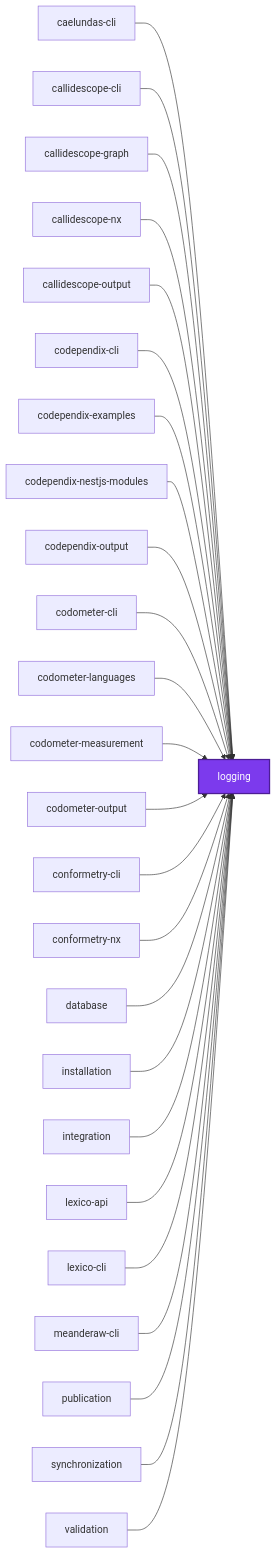
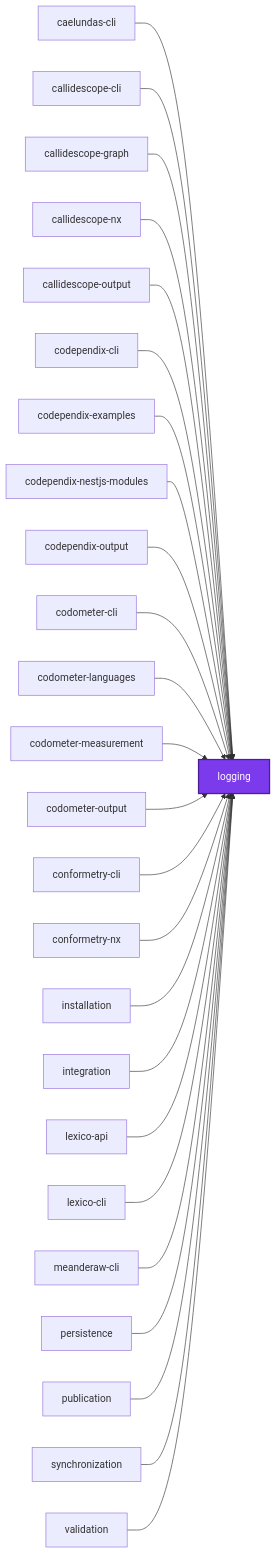
One commit to organizzolini/codebase changed the first of 3 diagrams in projects/logging/README.md. Above: the diagram before and after it, drawn with Mermaid. The commit also changed 69 other files, not shown here.

````diff
--- a/projects/logging/README.md
+++ b/projects/logging/README.md
@@ -136,54 +136,54 @@
 ```mermaid
 graph LR
   caelundas_cli["caelundas-cli"]
   callidescope_cli["callidescope-cli"]
   callidescope_graph["callidescope-graph"]
   callidescope_nx["callidescope-nx"]
   callidescope_output["callidescope-output"]
   codependix_cli["codependix-cli"]
   codependix_examples["codependix-examples"]
   codependix_nestjs_modules["codependix-nestjs-modules"]
   codependix_output["codependix-output"]
   codometer_cli["codometer-cli"]
   codometer_languages["codometer-languages"]
   codometer_measurement["codometer-measurement"]
   codometer_output["codometer-output"]
   conformetry_cli["conformetry-cli"]
   conformetry_nx["conformetry-nx"]
-  database["database"]
   installation["installation"]
   integration["integration"]
   lexico_api["lexico-api"]
   lexico_cli["lexico-cli"]
   logging["logging"]
   meanderaw_cli["meanderaw-cli"]
+  persistence["persistence"]
   publication["publication"]
   synchronization["synchronization"]
   validation["validation"]
   caelundas_cli --> logging
   callidescope_cli --> logging
   callidescope_graph --> logging
   callidescope_nx --> logging
   callidescope_output --> logging
   codependix_cli --> logging
   codependix_examples --> logging
   codependix_nestjs_modules --> logging
   codependix_output --> logging
   codometer_cli --> logging
   codometer_languages --> logging
   codometer_measurement --> logging
   codometer_output --> logging
   conformetry_cli --> logging
   conformetry_nx --> logging
-  database --> logging
   installation --> logging
   integration --> logging
   lexico_api --> logging
   lexico_cli --> logging
   meanderaw_cli --> logging
+  persistence --> logging
   publication --> logging
   synchronization --> logging
   validation --> logging
   classDef subject fill:#7c3aed,color:#fff,stroke:#4c1d95,stroke-width:2px
   class logging subject
 ```
````
